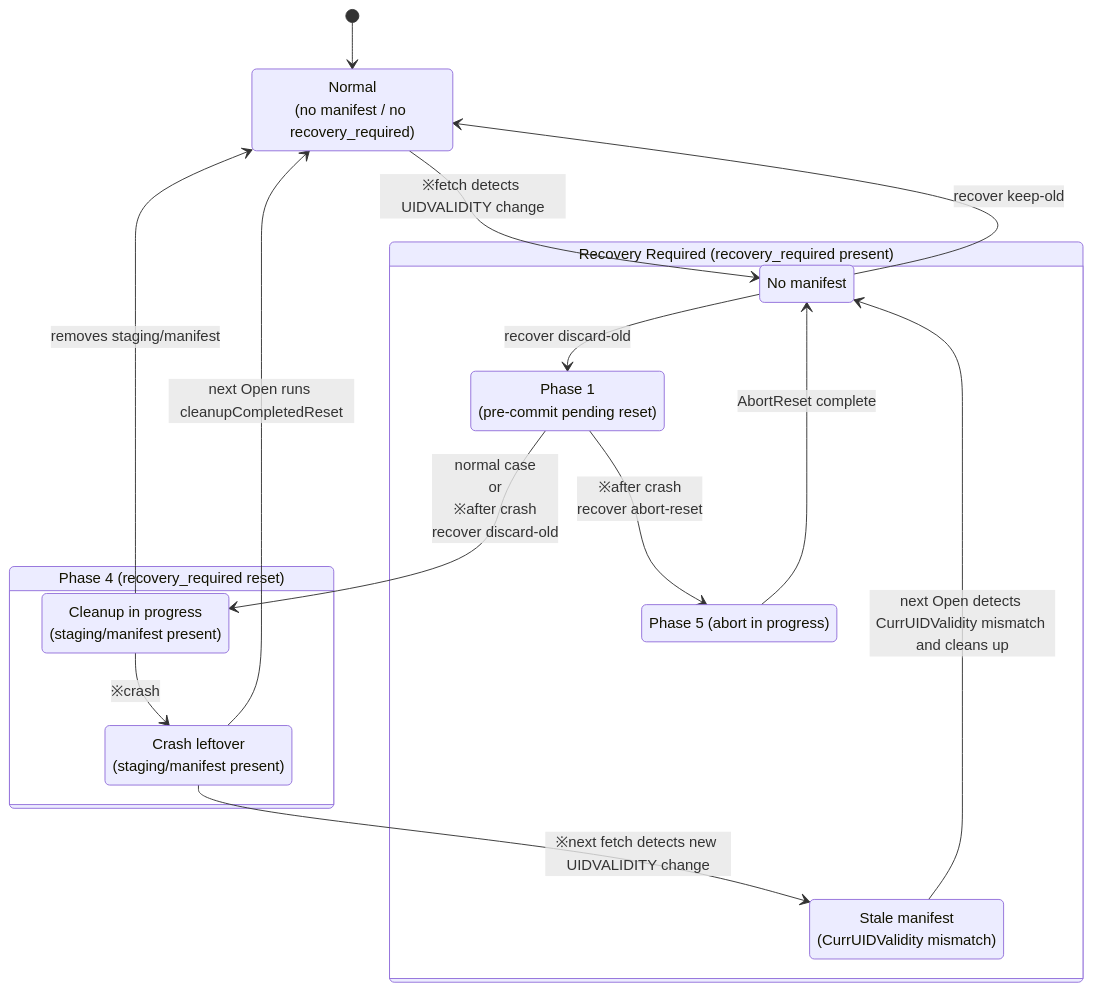
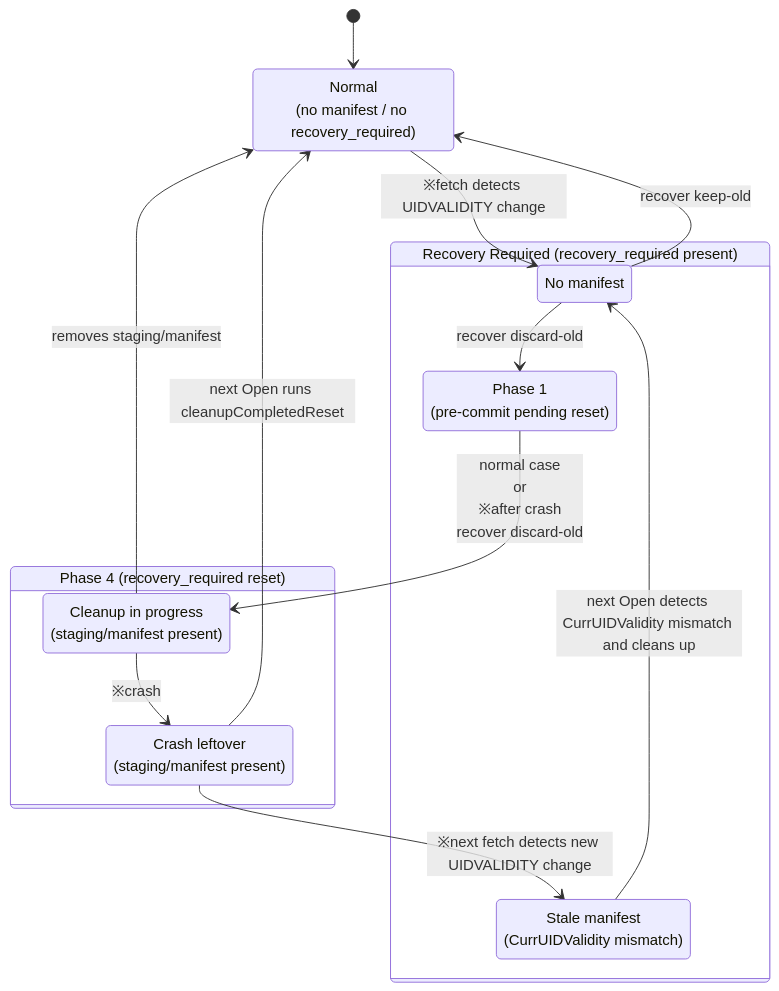
One commit to isseis/tlsrpt-digest changed the diagram in docs/dev/adr/0003_reset_phase_design.md. Above: the diagram before and after it, drawn with Mermaid. The commit also changed other lines of this file and 3 other files, not shown here.

````diff
--- a/docs/dev/adr/0003_reset_phase_design.md
+++ b/docs/dev/adr/0003_reset_phase_design.md
@@ -91,29 +89,26 @@
 ```mermaid
 stateDiagram-v2
     state "Normal<br/>(no manifest / no recovery_required)" as Normal
     [*] --> Normal
 
     state "Recovery Required (recovery_required present)" as RecoveryReq {
         state "No manifest" as RR
         state "Stale manifest<br/>(CurrUIDValidity mismatch)" as StaleM
         state "Phase 1<br/>(pre-commit pending reset)" as P1
-        state "Phase 5 (abort in progress)" as P5
     }
 
     state "Phase 4 (recovery_required reset)" as Phase4 {
         state "Cleanup in progress<br/>(staging/manifest present)" as P4a
         state "Crash leftover<br/>(staging/manifest present)" as P4b
         P4a --> P4b : ※crash
     }
 
     Normal --> RR : ※fetch detects UIDVALIDITY change
     RR --> Normal : recover keep-old
     RR --> P1 : recover discard-old
     P1 --> P4a : normal case<br>or<br>※after crash<br>recover discard-old
-    P1 --> P5 : ※after crash<br>recover abort-reset
-    P5 --> RR : AbortReset complete
     P4a --> Normal : removes staging/manifest
     P4b --> Normal : next Open runs cleanupCompletedReset
     P4b --> StaleM : ※next fetch detects new UIDVALIDITY change
     StaleM --> RR : next Open detects CurrUIDValidity mismatch and cleans up
 ```
````
